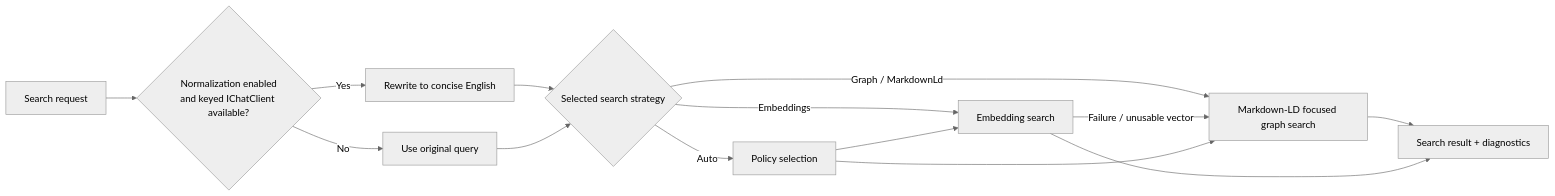
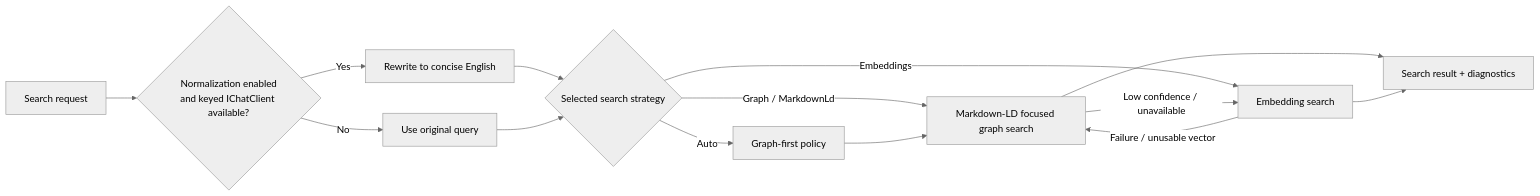
Before and after one commit to managedcode/MCPGateway: the diagram in docs/ADR/ADR-0002-search-ranking-and-query-normalization.md, drawn with Mermaid (neutral theme). The commit also changed other lines of this file and 15 other files, not shown here.

````diff
--- a/docs/ADR/ADR-0002-search-ranking-and-query-normalization.md
+++ b/docs/ADR/ADR-0002-search-ranking-and-query-normalization.md
@@ -27,16 +29,16 @@
 ```mermaid
 flowchart LR
     Request["Search request"] --> Normalize{"Normalization enabled\nand keyed IChatClient available?"}
     Normalize -->|Yes| Rewrite["Rewrite to concise English"]
     Normalize -->|No| Raw["Use original query"]
     Rewrite --> Strategy{"Selected search strategy"}
     Raw --> Strategy
     Strategy -->|Graph / MarkdownLd| Graph["Markdown-LD focused graph search"]
     Strategy -->|Embeddings| Vector["Embedding search"]
-    Strategy -->|Auto| Policy["Policy selection"]
+    Strategy -->|Auto| Policy["Graph-first policy"]
     Vector -->|Failure / unusable vector| Graph
     Policy --> Graph
-    Policy --> Vector
+    Graph -->|Low confidence / unavailable| Vector
     Graph --> Result["Search result + diagnostics"]
     Vector --> Result
 ```
````
